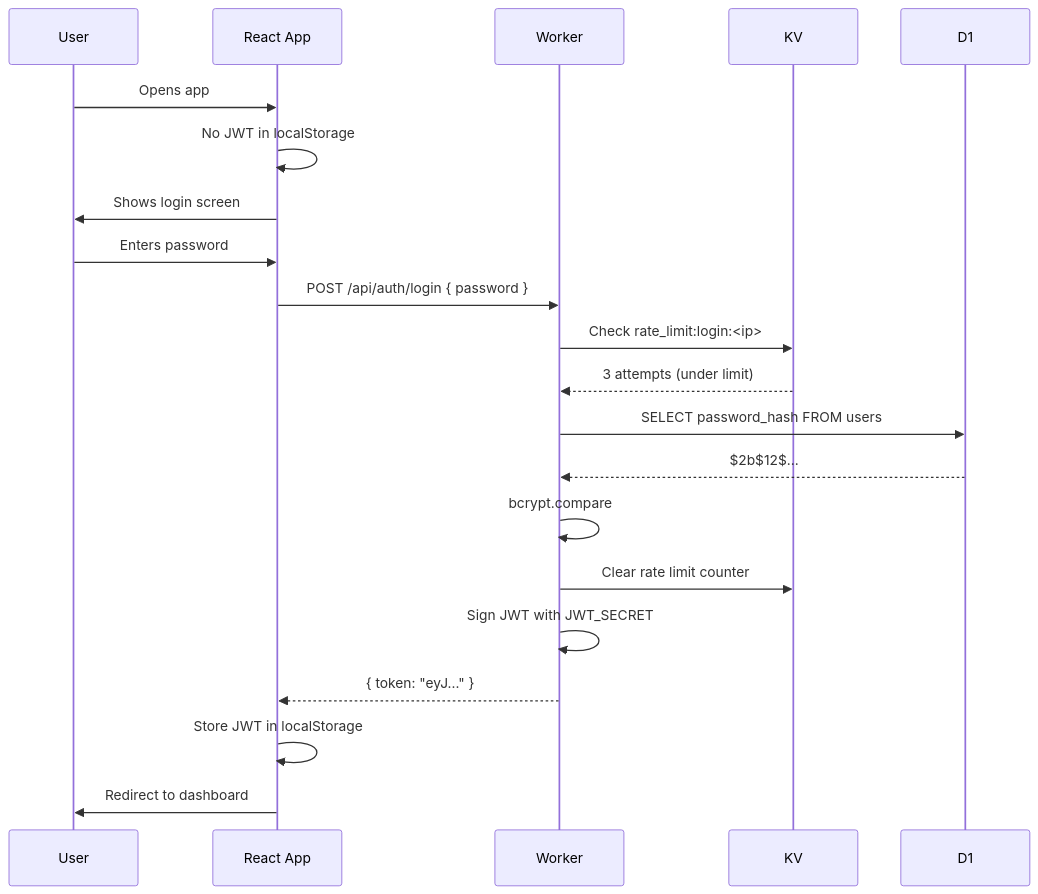
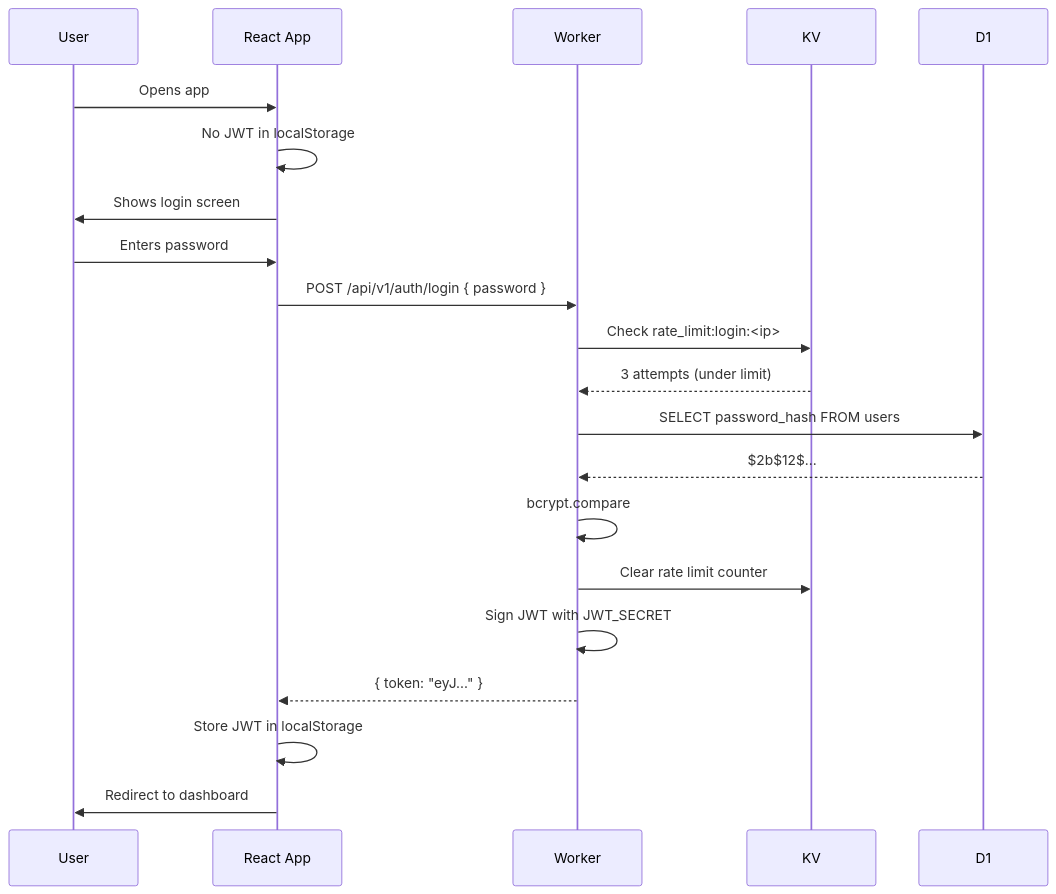
The second of 4 diagrams in docs/architecture-diagram.md (onlyeciy/period-cycle-based-gym-app), drawn with Mermaid before and after one commit. The commit also changed other lines of this file and 1 other file, not shown here.

Commit message:
docs: update API versioning

````diff
--- a/docs/architecture-diagram.md
+++ b/docs/architecture-diagram.md
@@ -87,24 +87,24 @@
 ```mermaid
 sequenceDiagram
     participant U as User
     participant R as React App
     participant W as Worker
     participant K as KV
     participant D as D1
 
     U->>R: Opens app
     R->>R: No JWT in localStorage
     R->>U: Shows login screen
     U->>R: Enters password
-    R->>W: POST /api/auth/login { password }
+    R->>W: POST /api/v1/auth/login { password }
     W->>K: Check rate_limit:login:<ip>
     K-->>W: 3 attempts (under limit)
     W->>D: SELECT password_hash FROM users
     D-->>W: $2b$12$...
     W->>W: bcrypt.compare
     W->>K: Clear rate limit counter
     W->>W: Sign JWT with JWT_SECRET
     W-->>R: { token: "eyJ..." }
     R->>R: Store JWT in localStorage
     R->>U: Redirect to dashboard
 ```
````
